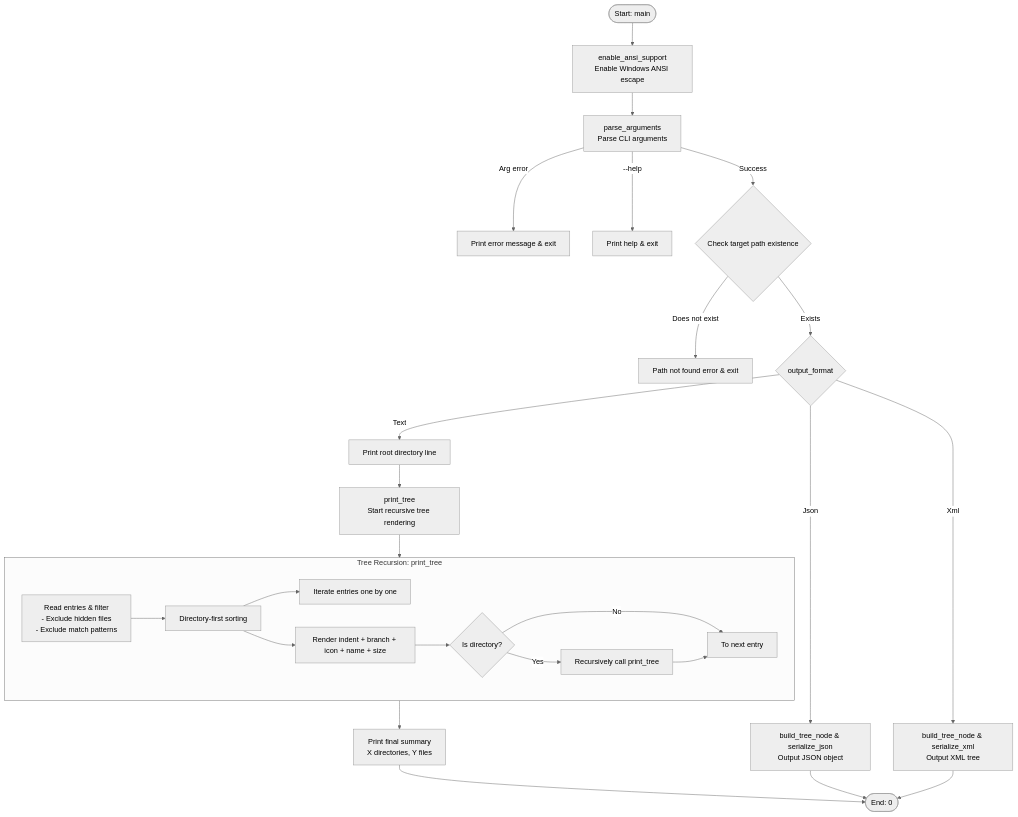
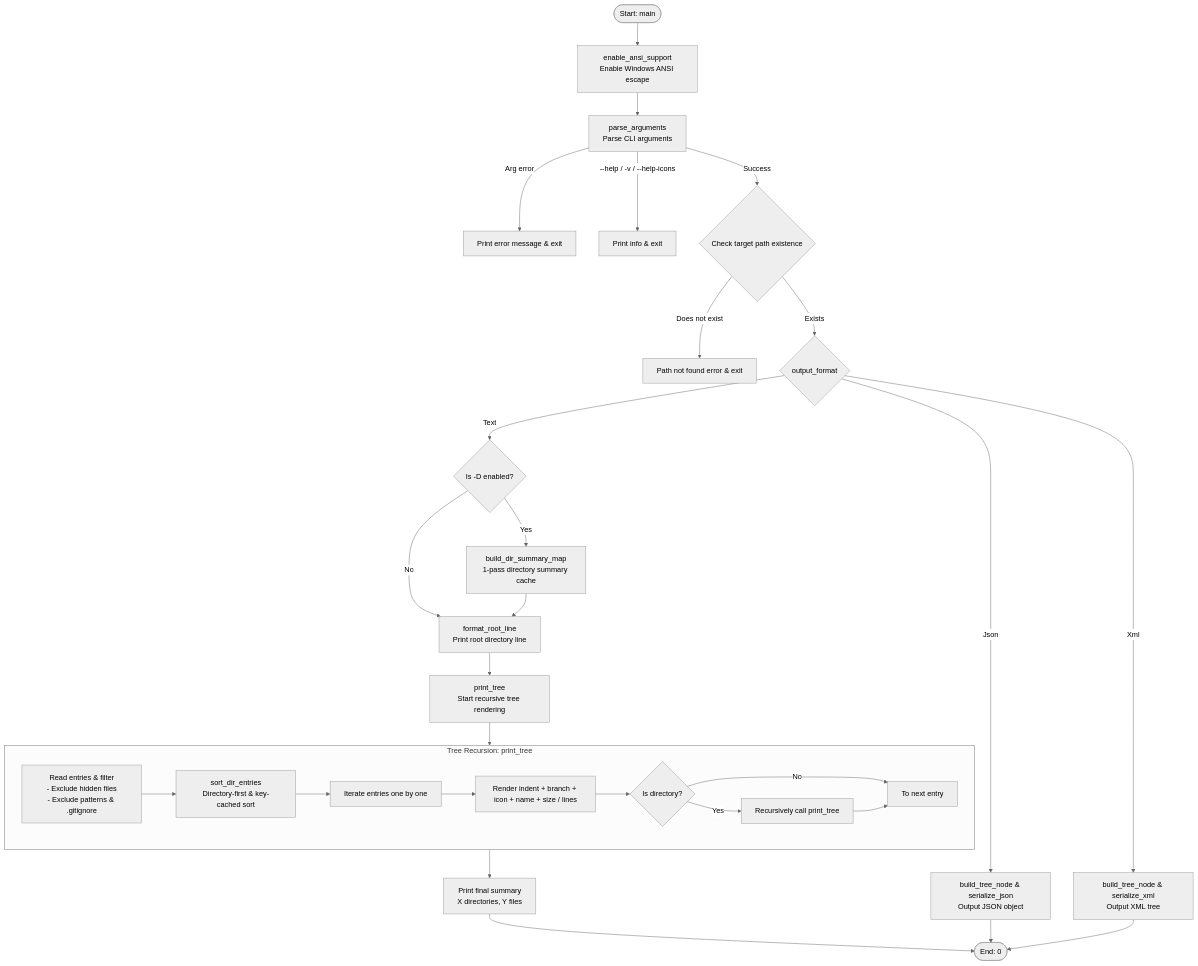
The first of 3 diagrams in docs/en/DIAGRAM.md (tkshnkgwr/MyTree), drawn with Mermaid (neutral theme) before and after one commit. The commit also changed other lines of this file and 21 other files, not shown here.

````diff
--- a/docs/en/DIAGRAM.md
+++ b/docs/en/DIAGRAM.md
@@ -11,42 +11,45 @@
 ```mermaid
 flowchart TD
     Start([Start: main]) --> EnableANSI[enable_ansi_support<br/>Enable Windows ANSI escape]
     EnableANSI --> ParseArgs[parse_arguments<br/>Parse CLI arguments]
     
     ParseArgs -->|Arg error| ErrExit[Print error message & exit]
-    ParseArgs -->|--help| HelpExit[Print help & exit]
+    ParseArgs -->|--help / -v / --help-icons| HelpExit[Print info & exit]
     ParseArgs -->|Success| CheckPath{Check target path existence}
     
     CheckPath -->|Does not exist| PathErrExit[Path not found error & exit]
     CheckPath -->|Exists| CheckFormat{output_format}
     
-    CheckFormat -->|Text| PrintRoot[Print root directory line]
+    CheckFormat -->|Text| CheckDirSizes{Is -D enabled?}
+    CheckDirSizes -->|Yes| BuildSummary[build_dir_summary_map<br/>1-pass directory summary cache]
+    CheckDirSizes -->|No| PrintRoot[format_root_line<br/>Print root directory line]
+    BuildSummary --> PrintRoot
     PrintRoot --> PrintTree[print_tree<br/>Start recursive tree rendering]
     
     subgraph TreeRecursion [Tree Recursion: print_tree]
-        FilterEntries[Read entries & filter<br/>- Exclude hidden files<br/>- Exclude match patterns]
-        SortEntries[Directory-first sorting]
+        FilterEntries[Read entries & filter<br/>- Exclude hidden files<br/>- Exclude patterns & .gitignore]
+        SortEntries[sort_dir_entries<br/>Directory-first & key-cached sort]
         LoopEntries[Iterate entries one by one]
-        RenderLine[Render indent + branch + icon + name + size]
+        RenderLine[Render indent + branch + icon + name + size / lines]
         IsSubDir{Is directory?}
         RecurseSub[Recursively call print_tree]
         
         FilterEntries --> SortEntries
         SortEntries --> LoopEntries
-        SortEntries --> RenderLine
+        LoopEntries --> RenderLine
         RenderLine --> IsSubDir
         IsSubDir -->|Yes| RecurseSub
         IsSubDir -->|No| NextEntry[To next entry]
         RecurseSub --> NextEntry
     end
     
     PrintTree --> TreeRecursion
     TreeRecursion --> PrintSummary[Print final summary<br/>X directories, Y files]
     
     CheckFormat -->|Json| BuildTreeJson[build_tree_node & serialize_json<br/>Output JSON object]
     CheckFormat -->|Xml| BuildTreeXml[build_tree_node & serialize_xml<br/>Output XML tree]
 
     PrintSummary --> End([End: 0])
     BuildTreeJson --> End
     BuildTreeXml --> End
 ```
````
